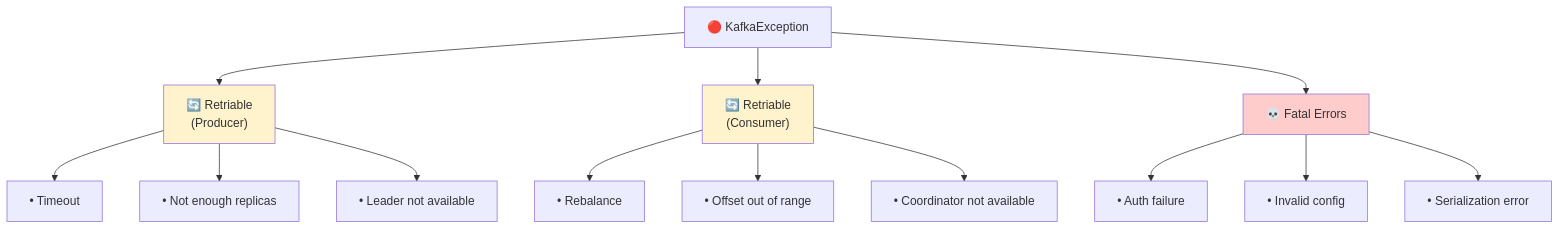
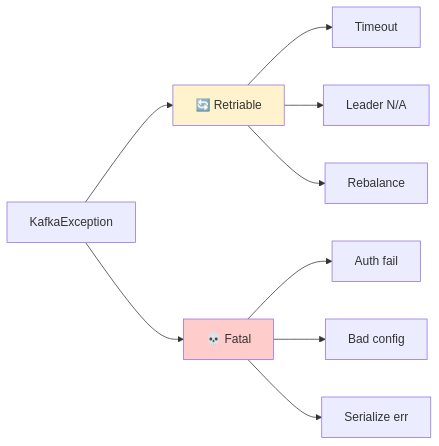
One commit to msellamiTN/kafka-bhf changed the fourth of 4 diagrams in formation-v2/day-02-development/module-04-advanced-patterns/README.md. Above: the diagram before and after it, drawn with Mermaid. The commit also changed other lines of this file and 4 other files, not shown here.

Commit message:
refactor: reorganize Mermaid diagrams - more compact and readable

````diff
--- a/formation-v2/day-02-development/module-04-advanced-patterns/README.md
+++ b/formation-v2/day-02-development/module-04-advanced-patterns/README.md
@@ -182,22 +181,16 @@
 ```mermaid
-flowchart TD
-    KE["🔴 KafkaException"] --> RP["🔄 Retriable<br/>(Producer)"]
-    KE --> RC["🔄 Retriable<br/>(Consumer)"]
-    KE --> FE["💀 Fatal Errors"]
+flowchart LR
+    KE["KafkaException"] --> RP["🔄 Retriable"]
+    KE --> FE["💀 Fatal"]
     
-    RP --> RP1["• Timeout"]
-    RP --> RP2["• Not enough replicas"]
-    RP --> RP3["• Leader not available"]
+    RP --> R1["Timeout"]
+    RP --> R2["Leader N/A"]
+    RP --> R3["Rebalance"]
     
-    RC --> RC1["• Rebalance"]
-    RC --> RC2["• Offset out of range"]
-    RC --> RC3["• Coordinator not available"]
-    
-    FE --> FE1["• Auth failure"]
-    FE --> FE2["• Invalid config"]
-    FE --> FE3["• Serialization error"]
+    FE --> F1["Auth fail"]
+    FE --> F2["Bad config"]
+    FE --> F3["Serialize err"]
     
     style RP fill:#fff3cd
-    style RC fill:#fff3cd
     style FE fill:#ffcccc
 ```
````
